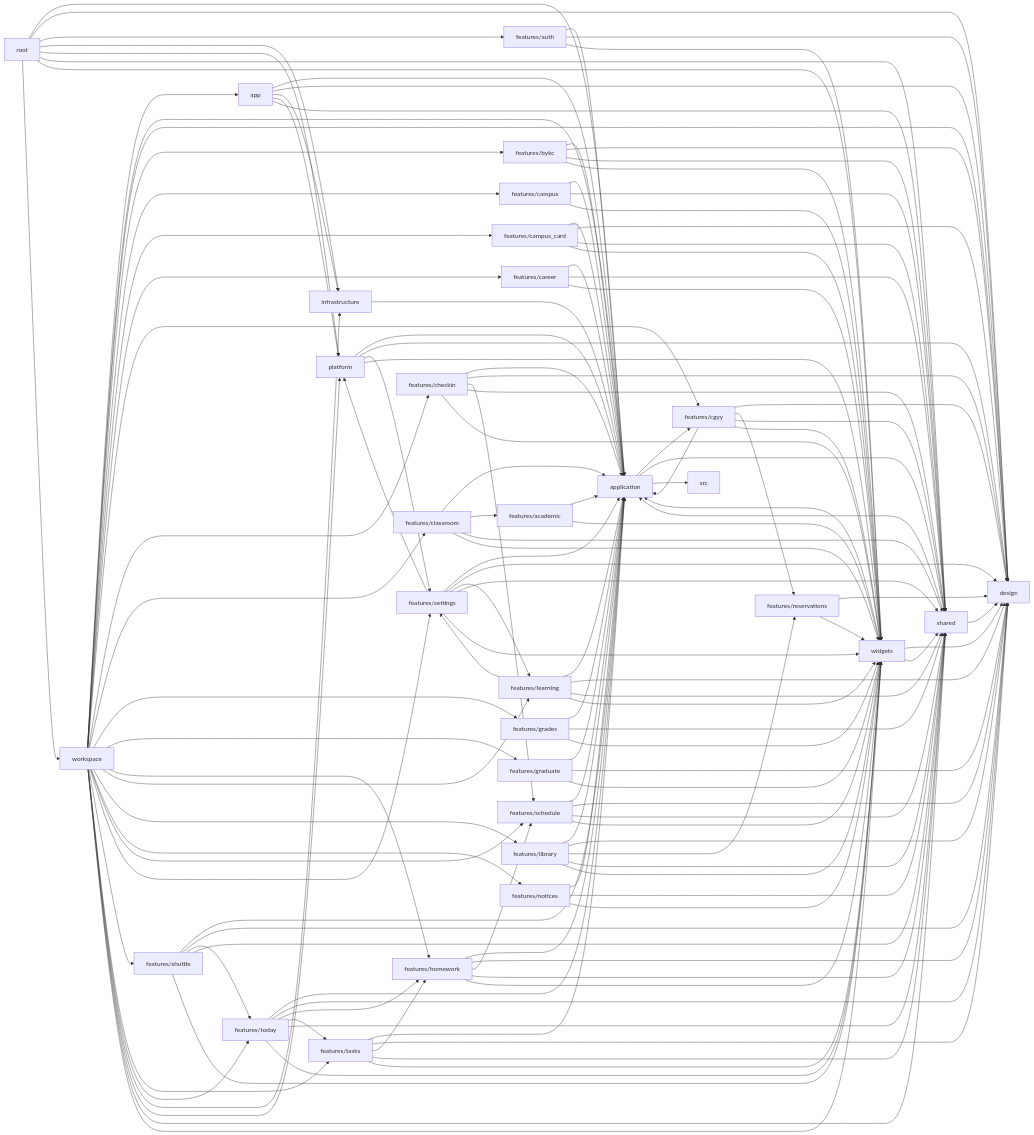
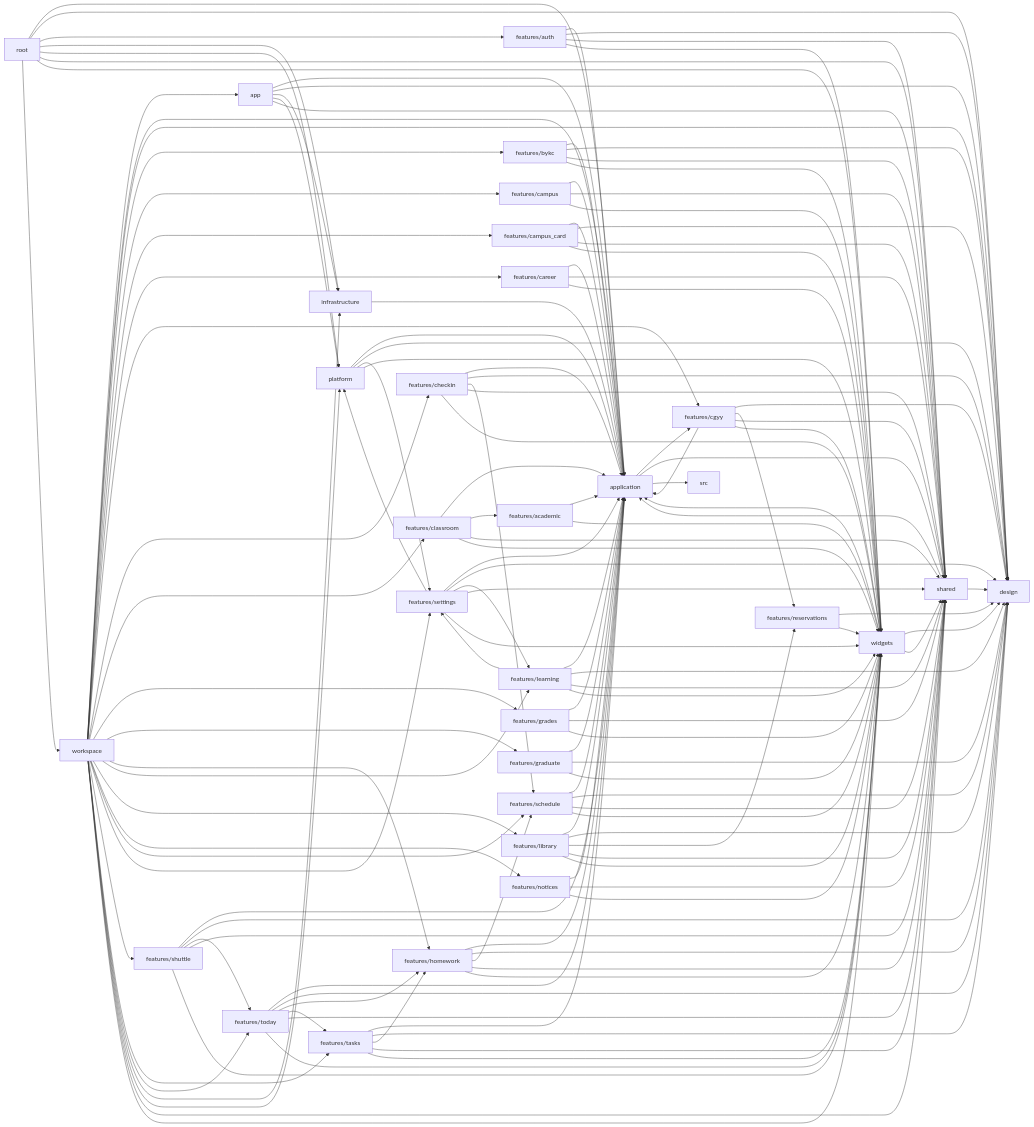
Before and after one commit to JUANWANG-BUAA/ginkgo: the first of 3 diagrams in docs/interfaces/DEPENDENCY-GRAPH.md, drawn with Mermaid. The commit also changed other lines of this file and 130 other files, not shown here.

```diff
--- a/docs/interfaces/DEPENDENCY-GRAPH.md
+++ b/docs/interfaces/DEPENDENCY-GRAPH.md
@@ -53,6 +53,7 @@
   n_features_academic --> n_widgets
   n_features_auth --> n_application
   n_features_auth --> n_design
+  n_features_auth --> n_shared
   n_features_auth --> n_widgets
   n_features_bykc --> n_application
   n_features_bykc --> n_design
```
